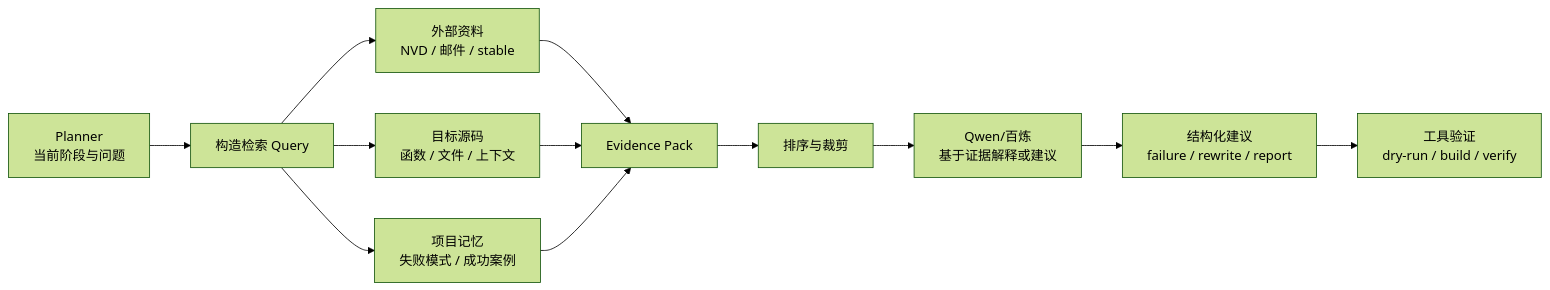
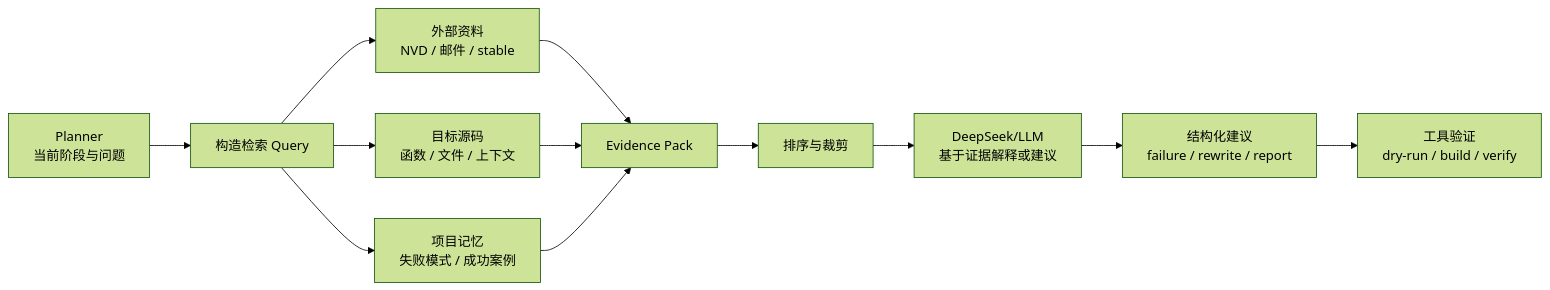
One commit to lsbbdbb/kernel_project_v1 changed the third of 13 diagrams in README.md. Above: the diagram before and after it, drawn with Mermaid (forest theme). The commit also changed other lines of this file and 54 other files, not shown here.

````diff
--- a/README.md
+++ b/README.md
@@ -353,14 +353,14 @@
 ```mermaid
 flowchart LR
     Planner["Planner\n当前阶段与问题"] --> Query["构造检索 Query"]
     Query --> External["外部资料\nNVD / 邮件 / stable"]
     Query --> Source["目标源码\n函数 / 文件 / 上下文"]
     Query --> History["项目记忆\n失败模式 / 成功案例"]
     External --> Evidence["Evidence Pack"]
     Source --> Evidence
     History --> Evidence
     Evidence --> Rerank["排序与裁剪"]
-    Rerank --> LLM["Qwen/百炼\n基于证据解释或建议"]
+    Rerank --> LLM["DeepSeek/LLM\n基于证据解释或建议"]
     LLM --> Decision["结构化建议\nfailure / rewrite / report"]
     Decision --> Validate["工具验证\ndry-run / build / verify"]
 ```
````
